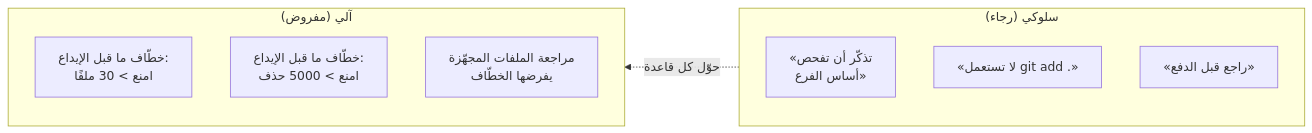
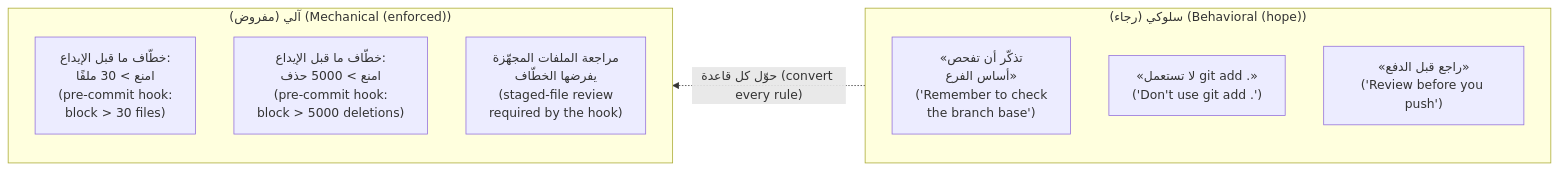
One commit to Tamoura/system-design-for-vibe-coders changed the first of 5 diagrams in modules/08-safety-nets/module.ar.md. Above: the diagram before and after it, drawn with Mermaid. The commit also changed other lines of this file and 62 other files, not shown here.

First line of the commit message:
Arabic editions: English on every diagram label, RTL fixes, rebuild

````diff
--- a/modules/08-safety-nets/module.ar.md
+++ b/modules/08-safety-nets/module.ar.md
@@ -51,14 +51,14 @@
 ```mermaid
 flowchart RL
-    subgraph beh["سلوكي (رجاء)"]
-        B1["«تذكّر أن تفحص<br/>أساس الفرع»"]
-        B2["«لا تستعمل git add .»"]
-        B3["«راجع قبل الدفع»"]
+    subgraph beh["سلوكي (رجاء) (Behavioral (hope))"]
+        B1["«تذكّر أن تفحص<br/>أساس الفرع»<br/>('Remember to check<br/>the branch base')"]
+        B2["«لا تستعمل git add .»<br/>('Don't use git add .')"]
+        B3["«راجع قبل الدفع»<br/>('Review before you push')"]
     end
-    subgraph mech["آلي (مفروض)"]
-        M1["خطّاف ما قبل الإيداع:<br/>امنع > 30 ملفًا"]
-        M2["خطّاف ما قبل الإيداع:<br/>امنع > 5000 حذف"]
-        M3["مراجعة الملفات المجهّزة<br/>يفرضها الخطّاف"]
+    subgraph mech["آلي (مفروض) (Mechanical (enforced))"]
+        M1["خطّاف ما قبل الإيداع:<br/>امنع > 30 ملفًا<br/>(pre-commit hook:<br/>block > 30 files)"]
+        M2["خطّاف ما قبل الإيداع:<br/>امنع > 5000 حذف<br/>(pre-commit hook:<br/>block > 5000 deletions)"]
+        M3["مراجعة الملفات المجهّزة<br/>يفرضها الخطّاف<br/>(staged-file review<br/>required by the hook)"]
     end
-    beh -.->|"حوّل كل قاعدة"| mech
+    beh -.->|"حوّل كل قاعدة (convert every rule)"| mech
 ```
````
